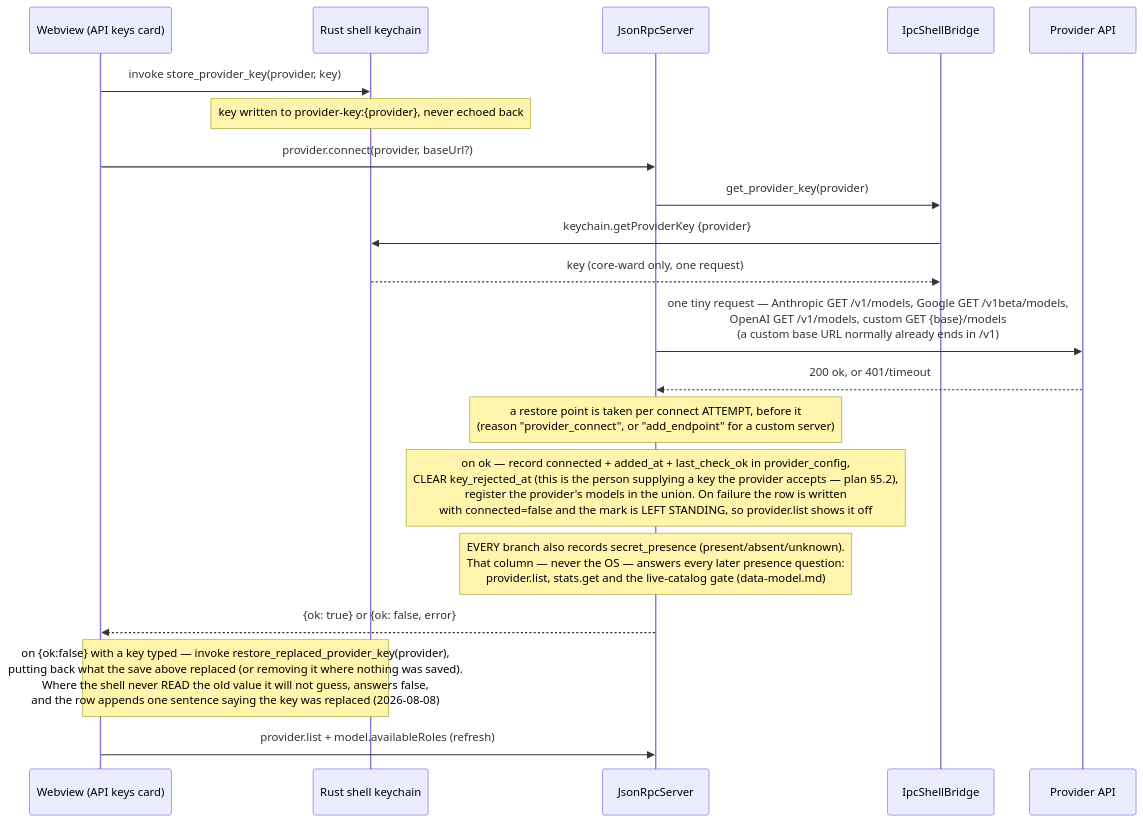
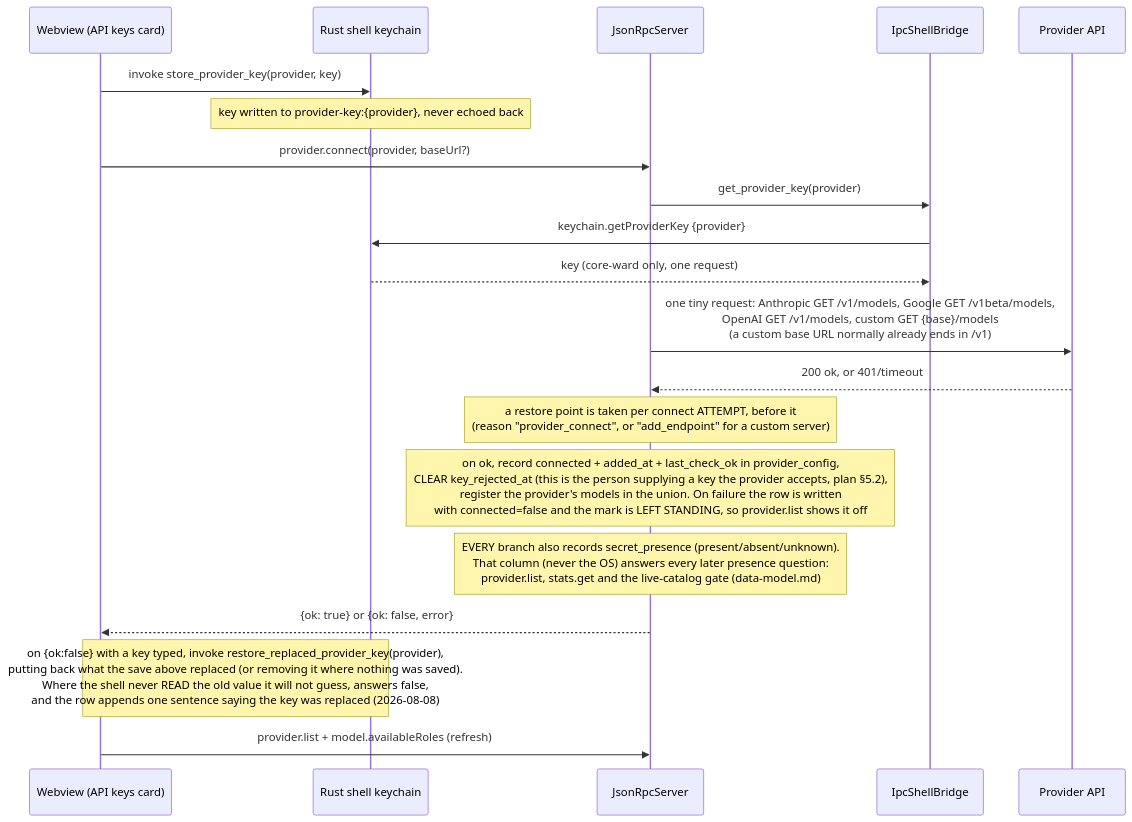
One commit to N041M/Addison changed the seventh of 16 diagrams in docs/flows.md. Above: the diagram before and after it, drawn with Mermaid. The commit also changed other lines of this file and 27 other files, not shown here.

````diff
--- a/docs/flows.md
+++ b/docs/flows.md
@@ -272,23 +272,23 @@
 ```mermaid
 sequenceDiagram
     participant UI as Webview (API keys card)
     participant SH as Rust shell keychain
     participant SRV as JsonRpcServer
     participant BR as IpcShellBridge
     participant P as Provider API
 
     UI->>SH: invoke store_provider_key(provider, key)
     Note over SH: key written to provider-key:{provider}, never echoed back
     UI->>SRV: provider.connect(provider, baseUrl?)
     SRV->>BR: get_provider_key(provider)
     BR->>SH: keychain.getProviderKey {provider}
     SH-->>BR: key (core-ward only, one request)
-    SRV->>P: one tiny request — Anthropic GET /v1/models, Google GET /v1beta/models,<br/>OpenAI GET /v1/models, custom GET {base}/models<br/>(a custom base URL normally already ends in /v1)
+    SRV->>P: one tiny request: Anthropic GET /v1/models, Google GET /v1beta/models,<br/>OpenAI GET /v1/models, custom GET {base}/models<br/>(a custom base URL normally already ends in /v1)
     P-->>SRV: 200 ok, or 401/timeout
     Note over SRV: a restore point is taken per connect ATTEMPT, before it<br/>(reason "provider_connect", or "add_endpoint" for a custom server)
-    Note over SRV: on ok — record connected + added_at + last_check_ok in provider_config,<br/>CLEAR key_rejected_at (this is the person supplying a key the provider accepts — plan §5.2),<br/>register the provider's models in the union. On failure the row is written<br/>with connected=false and the mark is LEFT STANDING, so provider.list shows it off
-    Note over SRV: EVERY branch also records secret_presence (present/absent/unknown).<br/>That column — never the OS — answers every later presence question:<br/>provider.list, stats.get and the live-catalog gate (data-model.md)
+    Note over SRV: on ok, record connected + added_at + last_check_ok in provider_config,<br/>CLEAR key_rejected_at (this is the person supplying a key the provider accepts, plan §5.2),<br/>register the provider's models in the union. On failure the row is written<br/>with connected=false and the mark is LEFT STANDING, so provider.list shows it off
+    Note over SRV: EVERY branch also records secret_presence (present/absent/unknown).<br/>That column (never the OS) answers every later presence question:<br/>provider.list, stats.get and the live-catalog gate (data-model.md)
     SRV-->>UI: {ok: true} or {ok: false, error}
-    Note over UI,SH: on {ok:false} with a key typed — invoke restore_replaced_provider_key(provider),<br/>putting back what the save above replaced (or removing it where nothing was saved).<br/>Where the shell never READ the old value it will not guess, answers false,<br/>and the row appends one sentence saying the key was replaced (2026-08-08)
+    Note over UI,SH: on {ok:false} with a key typed, invoke restore_replaced_provider_key(provider),<br/>putting back what the save above replaced (or removing it where nothing was saved).<br/>Where the shell never READ the old value it will not guess, answers false,<br/>and the row appends one sentence saying the key was replaced (2026-08-08)
     UI->>SRV: provider.list + model.availableRoles (refresh)
 ```
````
